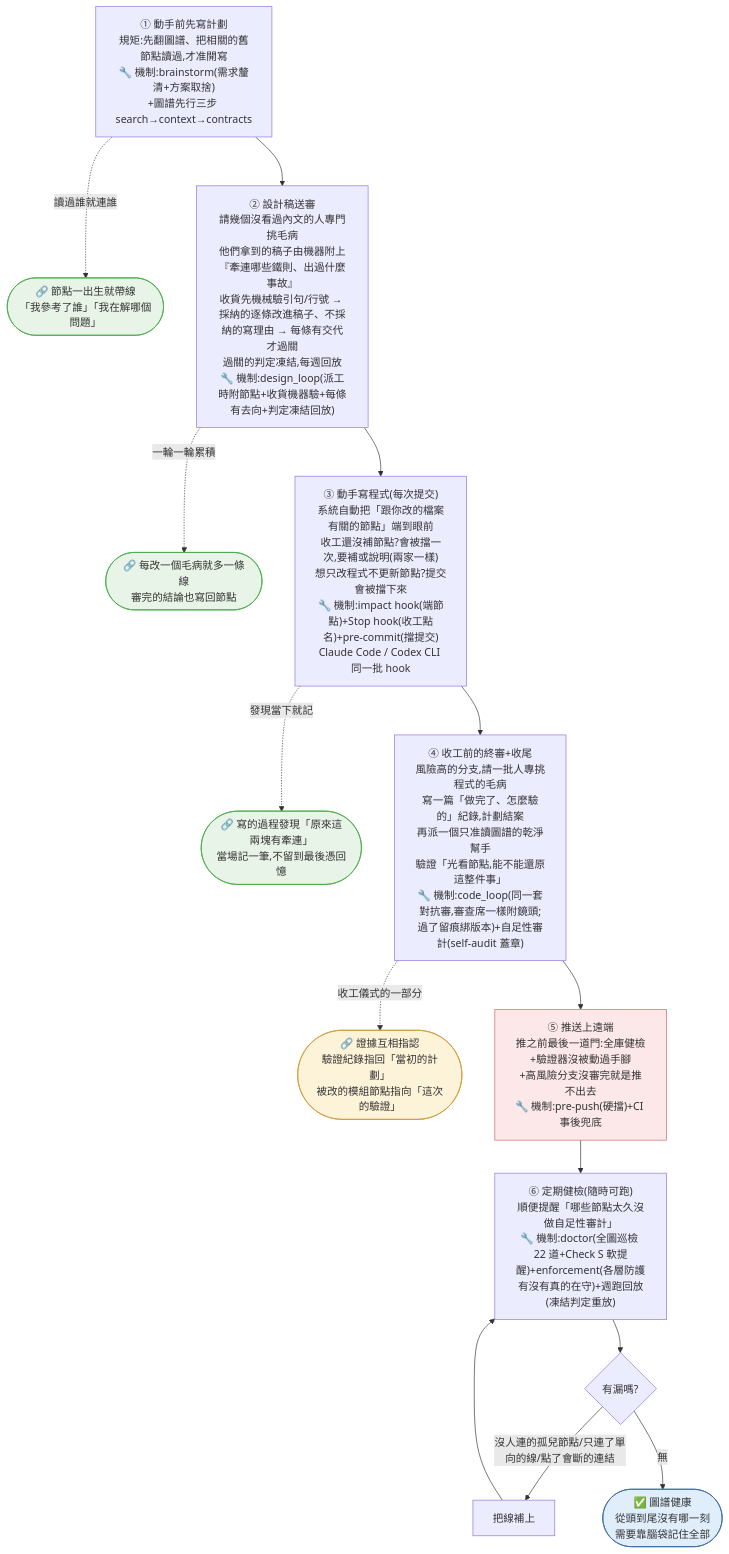
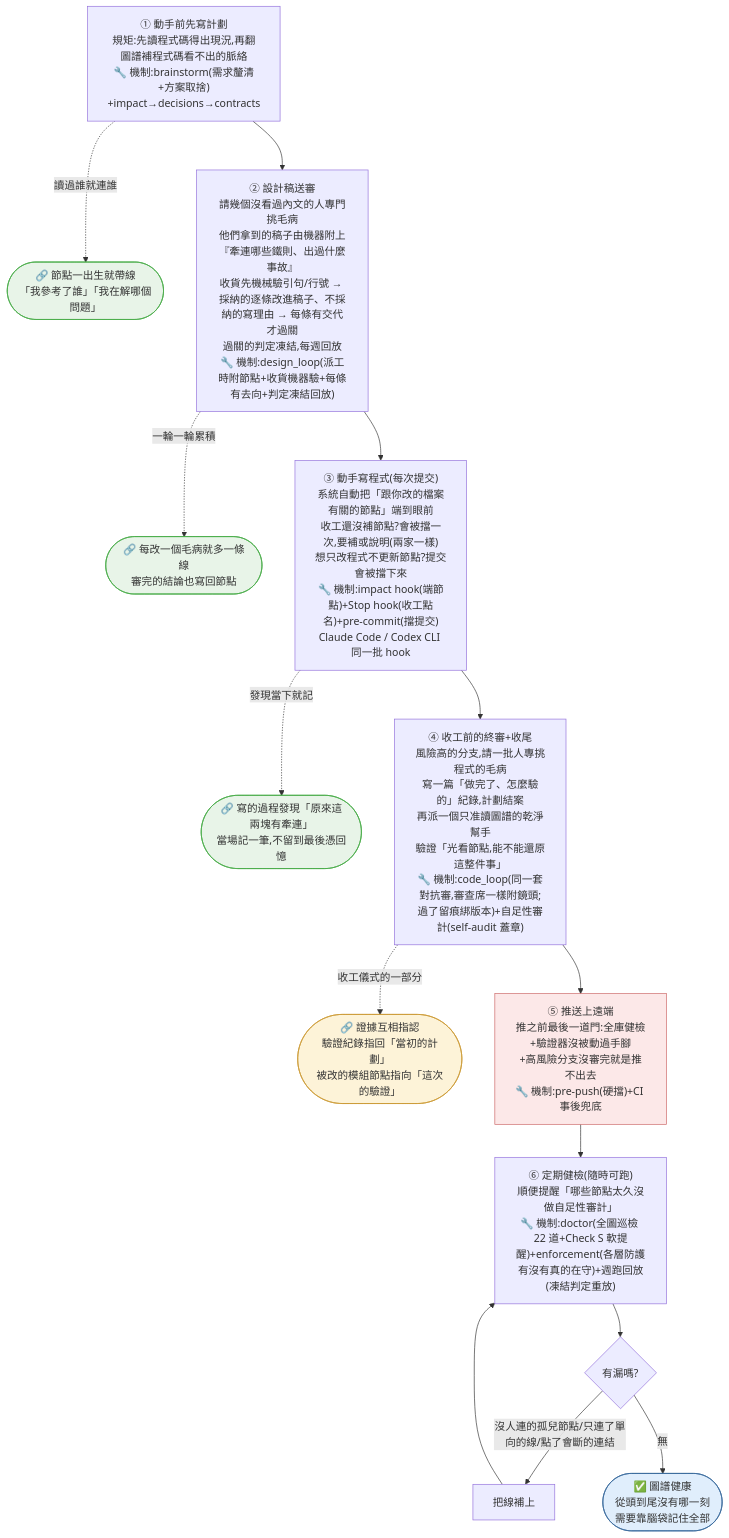
The diagram in docs/lumos-toolchain-knowledge/Systems/開發工作流總覽.md (EnzoHsieh-Android/Lumos), drawn with Mermaid before and after one commit. The commit also changed other lines of this file and 1 other file, not shown here.

First line of the commit message:
docs: 工作流總覽那張圖跟著改成程式碼為主,摘要行不再跟正文互相打架

````diff
--- a/docs/lumos-toolchain-knowledge/Systems/開發工作流總覽.md
+++ b/docs/lumos-toolchain-knowledge/Systems/開發工作流總覽.md
@@ -34,34 +34,34 @@
 ```mermaid
 flowchart TD
-    A["① 動手前先寫計劃<br/>規矩:先翻圖譜、把相關的舊節點讀過,才准開寫<br/>🔧 機制:brainstorm(需求釐清+方案取捨)<br/>+圖譜先行三步 search→context→contracts"]
+    A["① 動手前先寫計劃<br/>規矩:先讀程式碼得出現況,再翻圖譜補程式碼看不出的脈絡<br/>🔧 機制:brainstorm(需求釐清+方案取捨)<br/>+impact→decisions→contracts"]
     A1(["🔗 節點一出生就帶線<br/>「我參考了誰」「我在解哪個問題」"])
     A -.->|讀過誰就連誰| A1
 
     A --> B["② 設計稿送審<br/>請幾個沒看過內文的人專門挑毛病<br/>他們拿到的稿子由機器附上『牽連哪些鐵則、出過什麼事故』<br/>收貨先機械驗引句/行號 → 採納的逐條改進稿子、不採納的寫理由 → 每條有交代才過關<br/>過關的判定凍結,每週回放<br/>🔧 機制:design_loop(派工時附節點+收貨機器驗+每條有去向+判定凍結回放)"]
     B1(["🔗 每改一個毛病就多一條線<br/>審完的結論也寫回節點"])
     B -.->|一輪一輪累積| B1
 
     B --> C["③ 動手寫程式(每次提交)<br/>系統自動把「跟你改的檔案有關的節點」端到眼前<br/>收工還沒補節點?會被擋一次,要補或說明(兩家一樣)<br/>想只改程式不更新節點?提交會被擋下來<br/>🔧 機制:impact hook(端節點)+Stop hook(收工點名)+pre-commit(擋提交)<br/>Claude Code / Codex CLI 同一批 hook"]
     C1(["🔗 寫的過程發現「原來這兩塊有牽連」<br/>當場記一筆,不留到最後憑回憶"])
     C -.->|發現當下就記| C1
 
     C --> D["④ 收工前的終審+收尾<br/>風險高的分支,請一批人專挑程式的毛病<br/>寫一篇「做完了、怎麼驗的」紀錄,計劃結案<br/>再派一個只准讀圖譜的乾淨幫手<br/>驗證「光看節點,能不能還原這整件事」<br/>🔧 機制:code_loop(同一套對抗審,審查席一樣附鏡頭;過了留痕綁版本)+自足性審計(self-audit 蓋章)"]
     D1(["🔗 證據互相指認<br/>驗證紀錄指回「當初的計劃」<br/>被改的模組節點指向「這次的驗證」"])
     D -.->|收工儀式的一部分| D1
 
     D --> P["⑤ 推送上遠端<br/>推之前最後一道門:全庫健檢+驗證器沒被動過手腳<br/>+高風險分支沒審完就是推不出去<br/>🔧 機制:pre-push(硬擋)+CI 事後兜底"]
 
     P --> E["⑥ 定期健檢(隨時可跑)<br/>順便提醒「哪些節點太久沒做自足性審計」<br/>🔧 機制:doctor(全圖巡檢 22 道+Check S 軟提醒)+enforcement(各層防護有沒有真的在守)+週跑回放(凍結判定重放)"]
     F{"有漏嗎?"}
     E --> F
     F -->|"沒人連的孤兒節點/只連了單向的線/點了會斷的連結"| G["把線補上"]
     G --> E
     F -->|無| H(["✅ 圖譜健康<br/>從頭到尾沒有哪一刻<br/>需要靠腦袋記住全部"])
 
     style A1 fill:#e8f4e8,stroke:#4a4,color:#333
     style B1 fill:#e8f4e8,stroke:#4a4,color:#333
     style C1 fill:#e8f4e8,stroke:#4a4,color:#333
     style D1 fill:#fdf3d8,stroke:#c93,color:#333
     style P fill:#fce8e8,stroke:#c66,color:#333
     style H fill:#e0eefc,stroke:#369,color:#333
 ```
````
